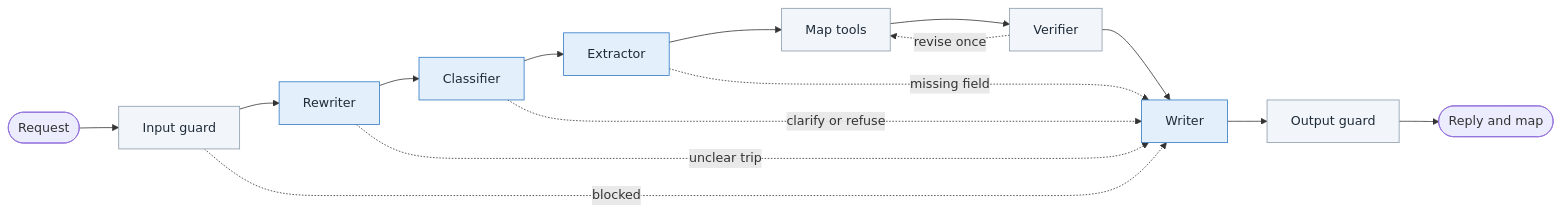
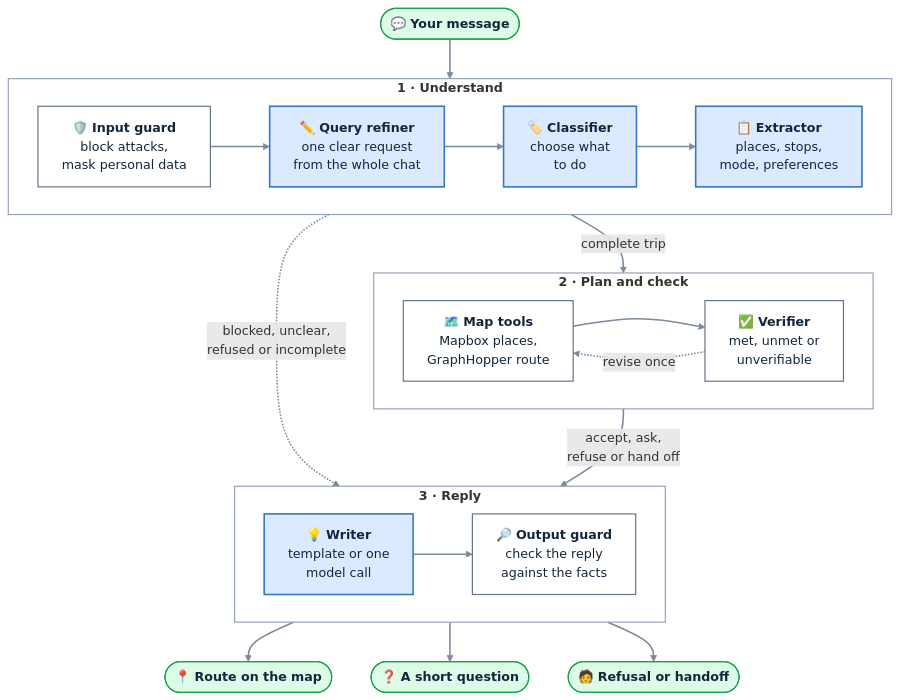
One commit to pranaycv/RouteChatbot changed the diagram in README.md. Above: the diagram before and after it, drawn with Mermaid. The commit also changed other lines of this file and 1 other file, not shown here.

Commit message:
Redraw the README flow in Mermaid
Three readable rows in place of one wide strip, and name the query refiner as the app does.

````diff
--- a/README.md
+++ b/README.md
@@ -39,23 +39,46 @@
 ```mermaid
-flowchart LR
-    U([Request]) --> G1[Input guard]
-    G1 --> R[Rewriter]
-    R --> C[Classifier]
-    C --> E[Extractor]
-    E --> M[Map tools]
-    M --> V[Verifier]
-    V -. revise once .-> M
-    V --> W[Writer]
-    W --> G2[Output guard]
-    G2 --> A([Reply and map])
+flowchart TD
+    U(["💬 <b>Your message</b>"])
 
-    G1 -. blocked .-> W
-    R -. unclear trip .-> W
-    C -. clarify or refuse .-> W
-    E -. missing field .-> W
+    subgraph S1 ["<b>1 · Understand</b>"]
+        direction LR
+        G1["🛡️ <b>Input guard</b><br/>block attacks,<br/>mask personal data"]
+        R["✏️ <b>Query refiner</b><br/>one clear request<br/>from the whole chat"]
+        C["🏷️ <b>Classifier</b><br/>choose what<br/>to do"]
+        E["📋 <b>Extractor</b><br/>places, stops,<br/>mode, preferences"]
+        G1 --> R --> C --> E
+    end
 
-    classDef llm fill:#e3effb,stroke:#2f78c4,color:#1e2c3a
-    classDef code fill:#f2f5f9,stroke:#8a9bab,color:#1e2c3a
+    subgraph S2 ["<b>2 · Plan and check</b>"]
+        direction LR
+        M["🗺️ <b>Map tools</b><br/>Mapbox places,<br/>GraphHopper route"]
+        V["✅ <b>Verifier</b><br/>met, unmet or<br/>unverifiable"]
+        M --> V
+        V -.->|revise once| M
+    end
+
+    subgraph S3 ["<b>3 · Reply</b>"]
+        direction LR
+        W["💡 <b>Writer</b><br/>template or one<br/>model call"]
+        G2["🔎 <b>Output guard</b><br/>check the reply<br/>against the facts"]
+        W --> G2
+    end
+
+    U --> S1
+    S1 -->|complete trip| S2
+    S1 -.->|blocked, unclear,<br/>refused or incomplete| S3
+    S2 -->|accept, ask,<br/>refuse or hand off| S3
+    S3 --> A(["📍 <b>Route on the map</b>"])
+    S3 --> Q(["❓ <b>A short question</b>"])
+    S3 --> H(["🧑 <b>Refusal or handoff</b>"])
+
+    classDef llm fill:#dbeafe,stroke:#2f78c4,stroke-width:2px,color:#12263a
+    classDef code fill:#ffffff,stroke:#64748b,stroke-width:1.5px,color:#12263a
+    classDef io fill:#dcfce7,stroke:#16a34a,stroke-width:1.5px,color:#12263a
+    classDef phase fill:transparent,stroke:#94a3b8,stroke-width:1.5px
     class R,C,E,W llm
     class G1,M,V,G2 code
+    class U,A,Q,H io
+    class S1,S2,S3 phase
+    linkStyle default stroke:#7c8b9c,stroke-width:2px
 ```
````
